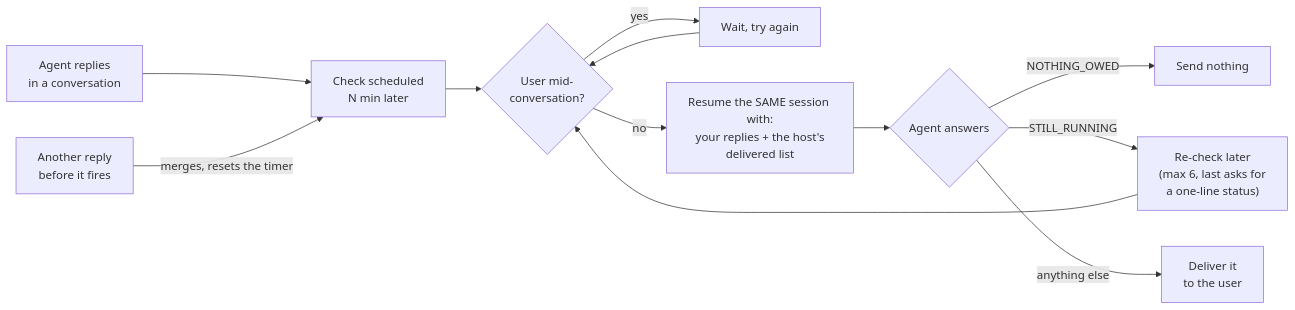
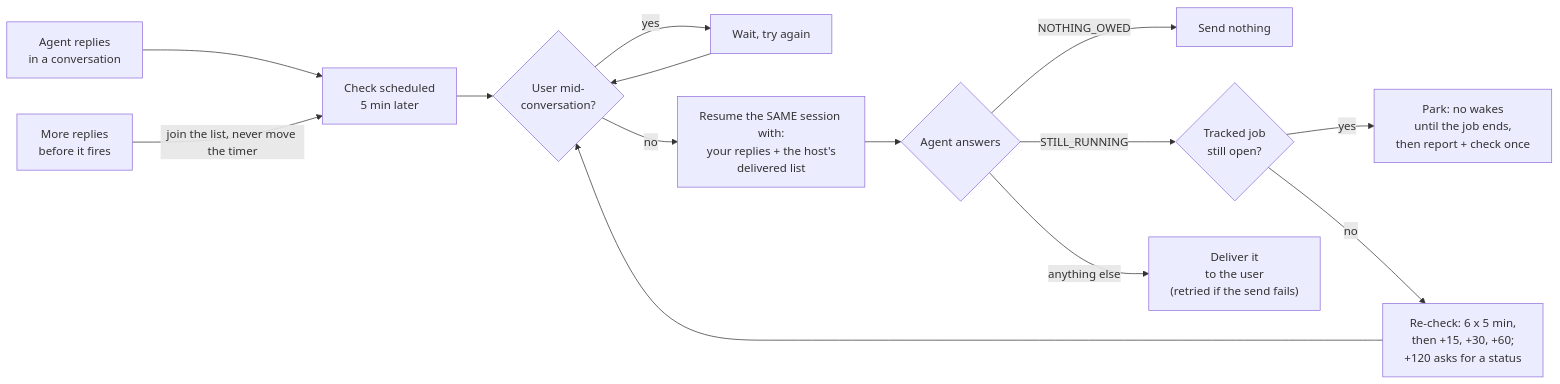
Before and after one commit to muziksociety/nothing-owed: the diagram in README.md, drawn with Mermaid. The commit also changed other lines of this file and 8 other files, not shown here.

````diff
--- a/README.md
+++ b/README.md
@@ -17,12 +17,14 @@
 ```mermaid
 flowchart LR
-    R["Agent replies<br/>in a conversation"] --> T["Check scheduled<br/>N min later"]
-    R2["Another reply<br/>before it fires"] -->|merges, resets the timer| T
+    R["Agent replies<br/>in a conversation"] --> T["Check scheduled<br/>5 min later"]
+    R2["More replies<br/>before it fires"] -->|join the list, never move the timer| T
     T --> B{"User mid-<br/>conversation?"}
     B -->|yes| W["Wait, try again"] --> B
     B -->|no| C["Resume the SAME session with:<br/>your replies + the host's<br/>delivered list"]
     C --> O{"Agent answers"}
     O -->|NOTHING_OWED| S["Send nothing"]
-    O -->|STILL_RUNNING| RC["Re-check later<br/>(max 6, last asks for<br/>a one-line status)"] --> B
-    O -->|anything else| D["Deliver it<br/>to the user"]
+    O -->|STILL_RUNNING| J{"Tracked job<br/>still open?"}
+    J -->|yes| P["Park: no wakes<br/>until the job ends,<br/>then report + check once"]
+    J -->|no| RC["Re-check: 6 x 5 min,<br/>then +15, +30, +60;<br/>+120 asks for a status"] --> B
+    O -->|anything else| D["Deliver it<br/>to the user<br/>(retried if the send fails)"]
 ```
````
